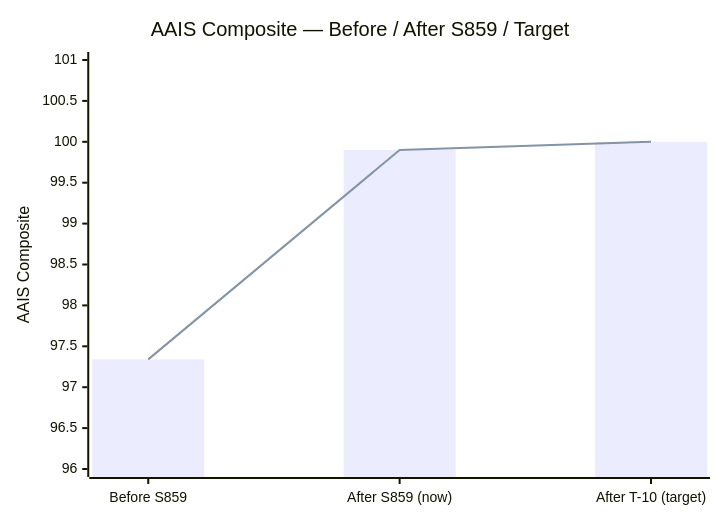
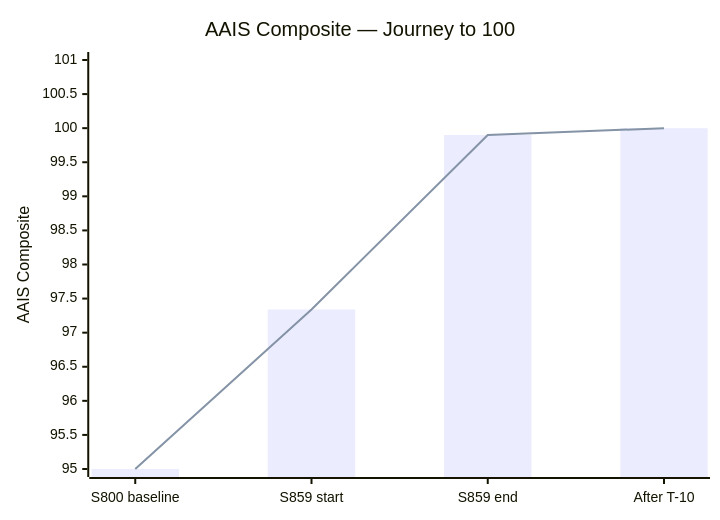
Before and after one commit to Aries-Serpent/_codex_: the third of 3 diagrams in docs/roadmap/PR4346_whats_next.md, drawn with Mermaid. The commit also changed other lines of this file and 3 other files, not shown here.

First line of the commit message:
docs(s859): final living docs v2 — CI snapshot, CHANGELOG+accountability final, session diagram 7 Mermaid

````diff
--- a/docs/roadmap/PR4346_whats_next.md
+++ b/docs/roadmap/PR4346_whats_next.md
@@ -86,8 +73,8 @@
 ```mermaid
 xychart-beta
-    title "AAIS Composite — Before / After S859 / Target"
-    x-axis ["Before S859", "After S859 (now)", "After T-10 (target)"]
-    y-axis "AAIS Composite" 96 --> 101
-    bar [97.34, 99.9, 100.0]
-    line [97.34, 99.9, 100.0]
+    title "AAIS Composite — Journey to 100"
+    x-axis ["S800 baseline","S859 start","S859 end","After T-10"]
+    y-axis "AAIS Composite" 95 --> 101
+    bar [95.0, 97.34, 99.9, 100.0]
+    line [95.0, 97.34, 99.9, 100.0]
 ```
````
